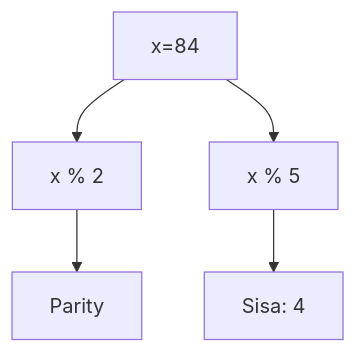
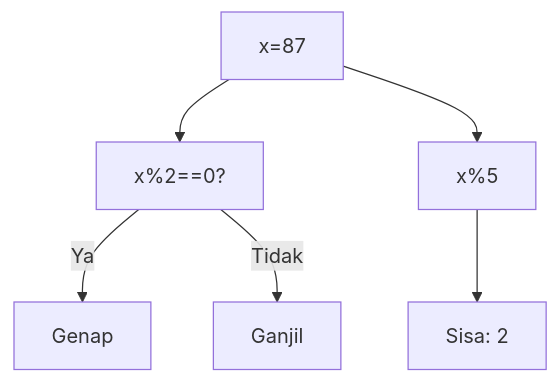
Before and after one commit to amnahwaida/OSNK_INF_PREP: the sixth of 25 diagrams in part-c-pemahaman-cpp/02-percabangan/latihan/set-08.md, drawn with Mermaid. The commit also changed other lines of this file and 71 other files, not shown here.

Commit message:
Fixed Mermaid syntax lexical errors with quoted labels in 1,800 questions

````diff
--- a/part-c-pemahaman-cpp/02-percabangan/latihan/set-08.md
+++ b/part-c-pemahaman-cpp/02-percabangan/latihan/set-08.md
@@ -145,7 +192,8 @@
 ```mermaid
 graph TD
-A[x=84] --> B[x % 2]
-B --> C[Parity]
-A --> D[x % 5]
-D --> E[Sisa: 4]
+A["x=87"] --> B["x%2==0?"]
+B -- Ya --> C["Genap"]
+B -- Tidak --> D["Ganjil"]
+A --> E["x%5"]
+E --> F["Sisa: 2"]
 ```
````
